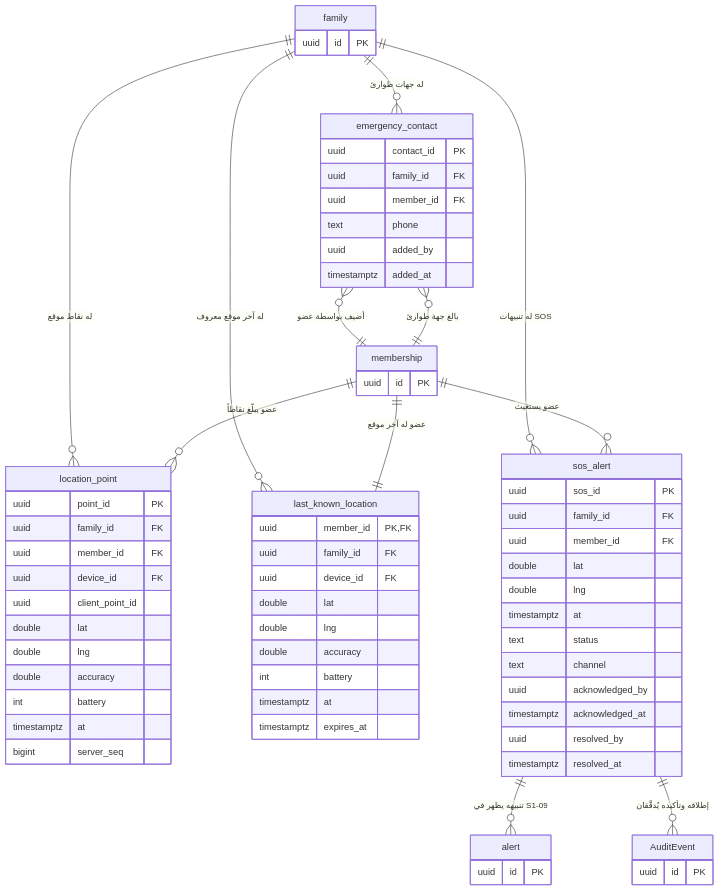
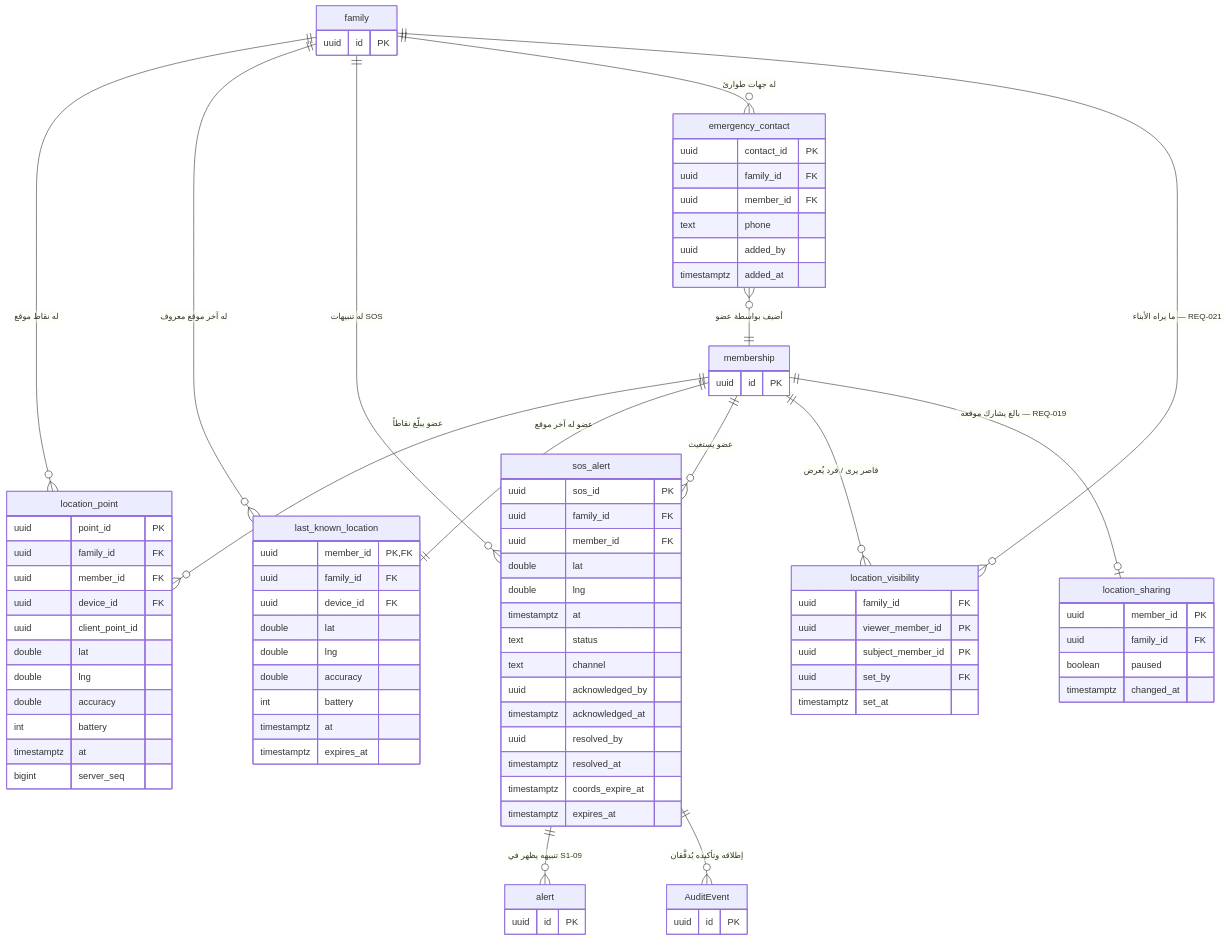
One commit to Bassam-mohammed-alqaeadi/family-os-v2 changed the second of 17 diagrams in docs/family-os/governance/phases/phase-1/S1-07-location-basic/DIAGRAMS.md. Above: the diagram before and after it, drawn with Mermaid. The commit also changed other lines of this file and 22 other files, not shown here.

First line of the commit message:
docs(phase-1): redraw diagrams of the ten systems on the approved design (Q-428)

```diff
--- a/docs/family-os/governance/phases/phase-1/S1-07-location-basic/DIAGRAMS.md
+++ b/docs/family-os/governance/phases/phase-1/S1-07-location-basic/DIAGRAMS.md
@@ -99,7 +112,9 @@
     membership ||--o{ location_point : "عضو يبلّغ نقاطاً"
     membership ||--|| last_known_location : "عضو له آخر موقع"
     membership ||--o{ sos_alert : "عضو يستغيث"
-    membership ||--o{ emergency_contact : "بالغ جهة طوارئ"
+    family ||--o{ location_visibility : "ما يراه الأبناء — REQ-021"
+    membership ||--o{ location_visibility : "قاصر يرى / فرد يُعرض"
+    membership ||--o| location_sharing : "بالغ يشارك موقعه — REQ-019"
     sos_alert ||--o{ alert : "تنبيهه يظهر في S1-09"
     sos_alert ||--o{ AuditEvent : "إطلاقه وتأكيده يُدقَّقان"
     emergency_contact }o--|| membership : "أضيف بواسطة عضو"
@@ -141,6 +156,21 @@
         timestamptz acknowledged_at
         uuid resolved_by
         timestamptz resolved_at
+        timestamptz coords_expire_at
+        timestamptz expires_at
+    }
+    location_visibility {
+        uuid family_id FK
+        uuid viewer_member_id PK
+        uuid subject_member_id PK
+        uuid set_by FK
+        timestamptz set_at
+    }
+    location_sharing {
+        uuid member_id PK
+        uuid family_id FK
+        boolean paused
+        timestamptz changed_at
     }
     emergency_contact {
         uuid contact_id PK
```
